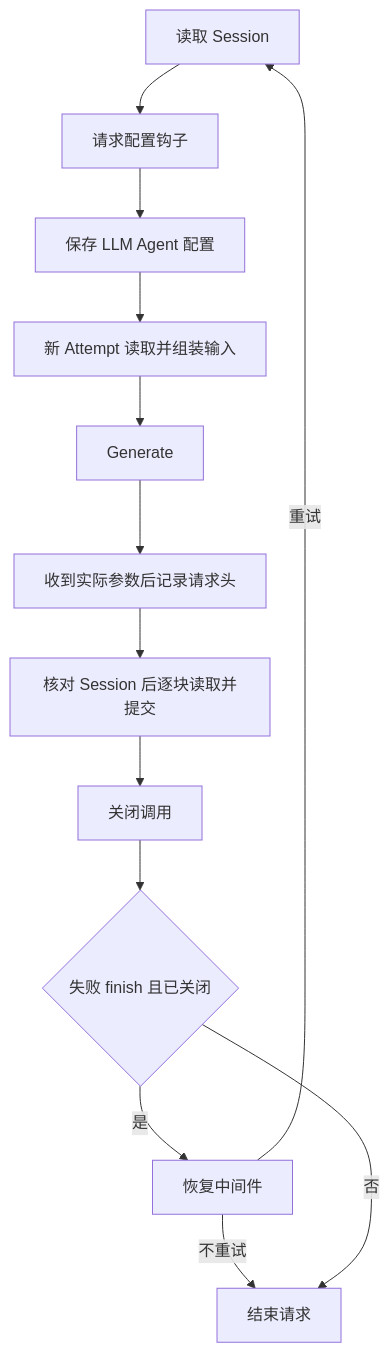
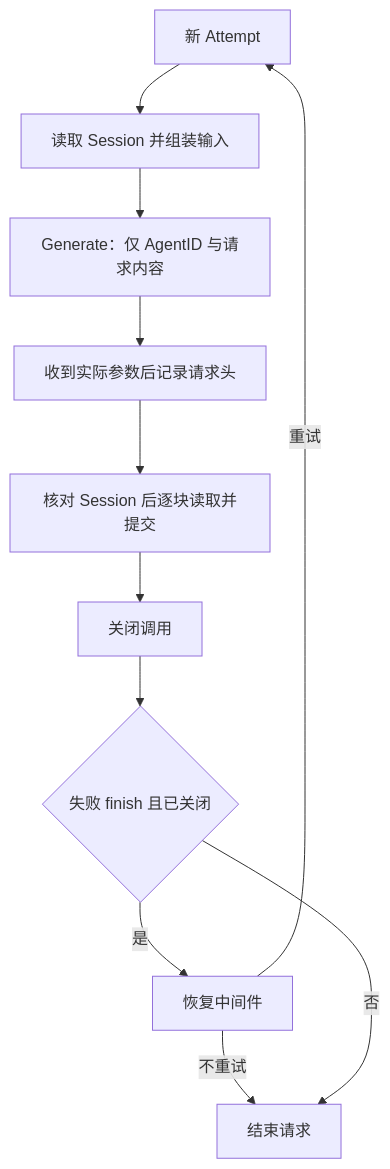
The diagram in agentloop/internal/modelrequest/README.zh-CN.md (gorenx/goren), drawn with Mermaid before and after one commit. The commit also changed other lines of this file and 31 other files, not shown here.

````diff
--- a/agentloop/internal/modelrequest/README.zh-CN.md
+++ b/agentloop/internal/modelrequest/README.zh-CN.md
@@ -11,15 +11,13 @@
 ```mermaid
 flowchart TD
- A[读取 Session] --> B[请求配置钩子]
- B --> C[保存 LLM Agent 配置]
- C --> D[新 Attempt 读取并组装输入]
- D --> E[Generate]
+ A[新 Attempt] --> D[读取 Session 并组装输入]
+ D --> E[Generate：仅 AgentID 与请求内容]
  E --> F[收到实际参数后记录请求头]
  F --> G[核对 Session 后逐块读取并提交]
  G --> H[关闭调用]
  H --> I{失败 finish 且已关闭}
  I -->|是| J[恢复中间件]
  J -->|重试| A
  J -->|不重试| K[结束请求]
  I -->|否| K
 ```
````
